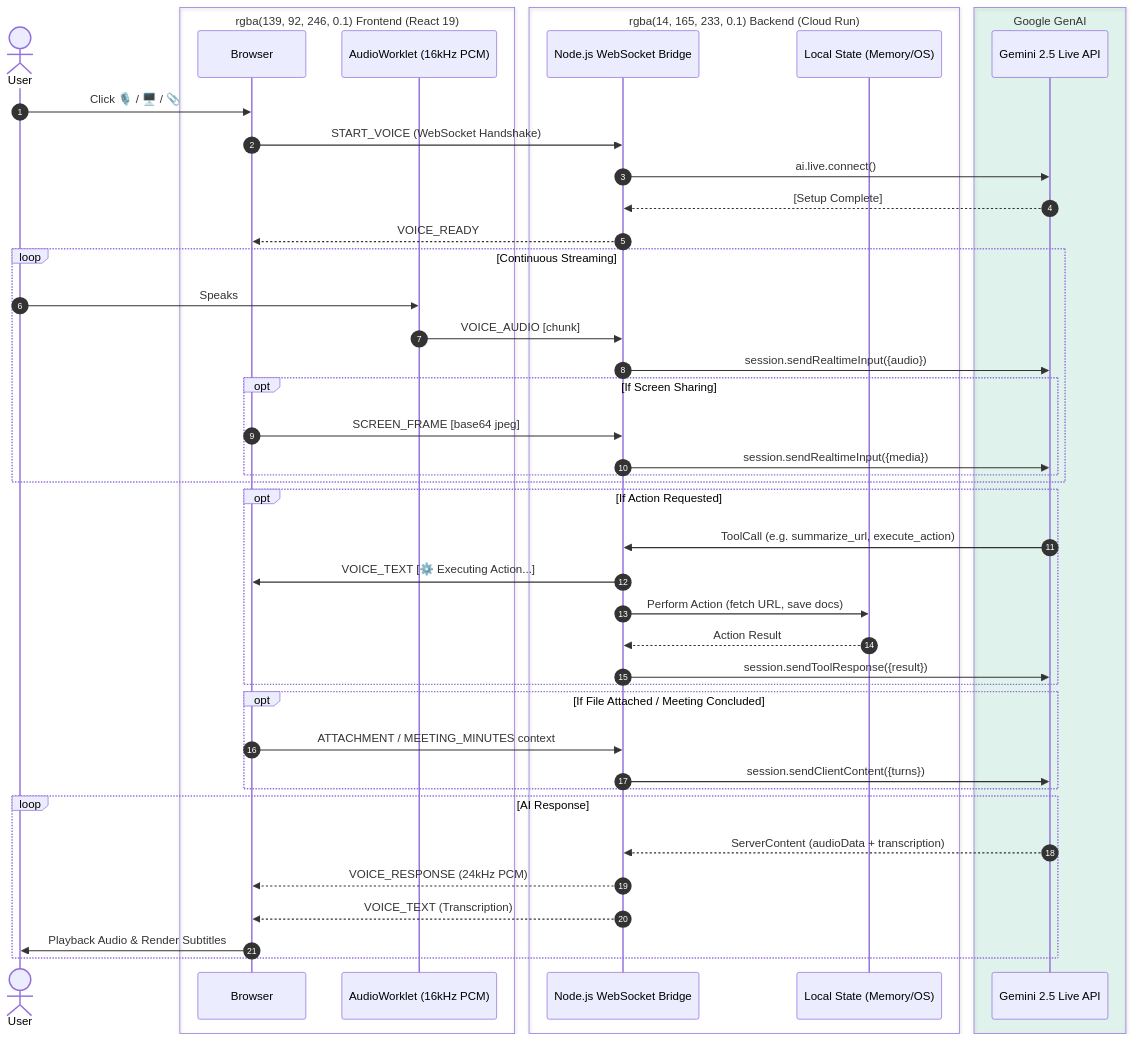
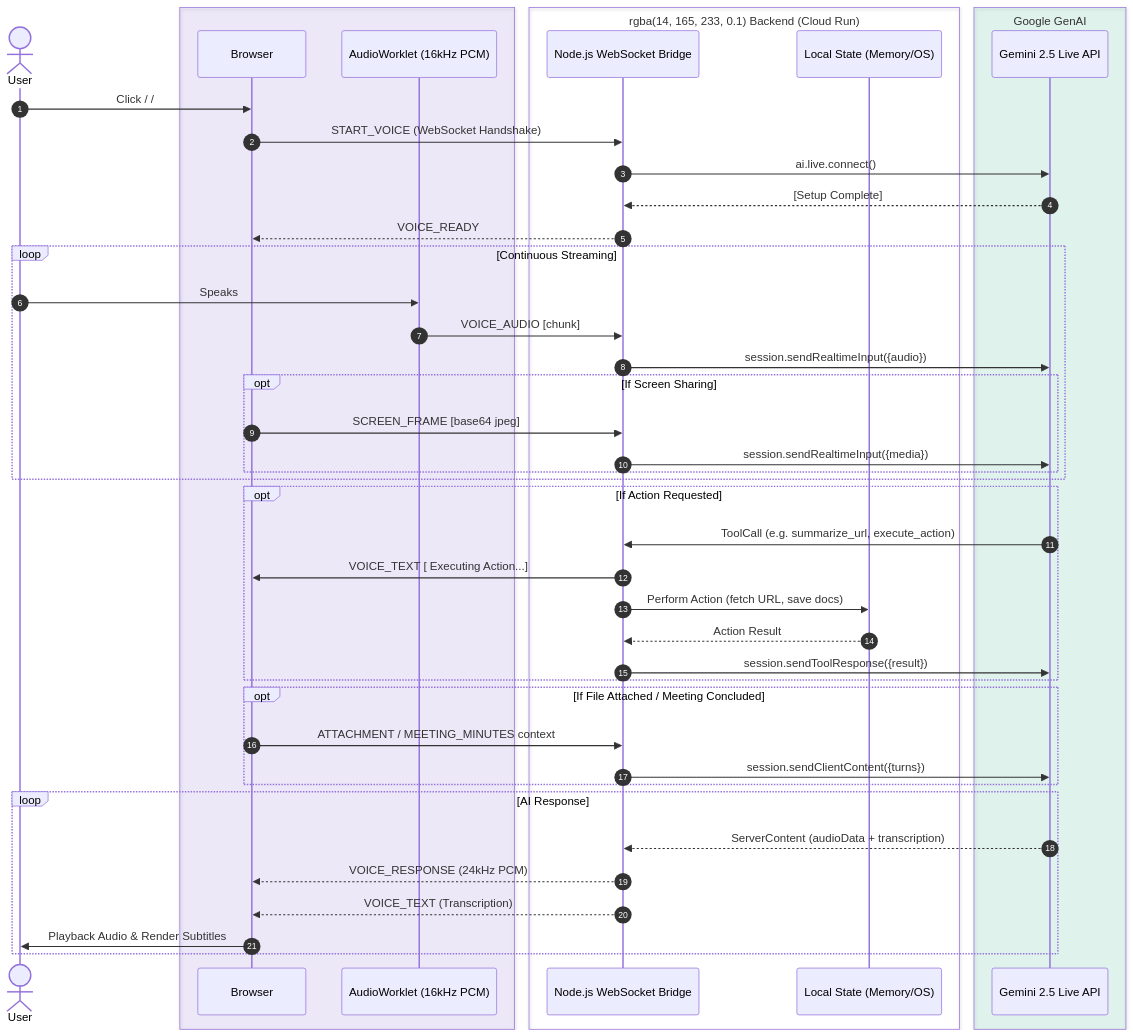
One commit to umairWali/gemini_live_agent changed the diagram in architecture.md. Above: the diagram before and after it, drawn with Mermaid. The commit also changed other lines of this file and 3 other files, not shown here.

````diff
--- a/architecture.md
+++ b/architecture.md
@@ -11,62 +11,62 @@
 ```mermaid
 sequenceDiagram
     autonumber
     actor User
 
     box rgba(139, 92, 246, 0.1) Frontend (React 19)
     participant Browser
     participant Worklet as AudioWorklet (16kHz PCM)
     end
 
     box rgba(14, 165, 233, 0.1) Backend (Cloud Run)
     participant Server as Node.js WebSocket Bridge
     participant Context as Local State (Memory/OS)
     end
 
     box rgba(16, 185, 129, 0.1) Google GenAI
     participant Gemini as Gemini 2.5 Live API
     end
 
     %% Session Initialization
-    User->>Browser: Click 🎙️ / 🖥️ / 📎
+    User->>Browser: Click  /  / 
     Browser->>Server: START_VOICE (WebSocket Handshake)
     Server->>Gemini: ai.live.connect()
     Gemini-->>Server: [Setup Complete]
     Server-->>Browser: VOICE_READY
 
     %% Continuous Bi-Directional Streaming
     loop Continuous Streaming
         User->>Worklet: Speaks
         Worklet->>Server: VOICE_AUDIO [chunk]
         Server->>Gemini: session.sendRealtimeInput({audio})
         
         opt If Screen Sharing
             Browser->>Server: SCREEN_FRAME [base64 jpeg]
             Server->>Gemini: session.sendRealtimeInput({media})
         end
     end
 
     %% Autonomous Tool Calling (Live Function Calling)
     opt If Action Requested
         Gemini->>Server: ToolCall (e.g. summarize_url, execute_action)
-        Server->>Browser: VOICE_TEXT [⚙️ Executing Action...]
+        Server->>Browser: VOICE_TEXT [ Executing Action...]
         Server->>Context: Perform Action (fetch URL, save docs)
         Context-->>Server: Action Result
         Server->>Gemini: session.sendToolResponse({result})
     end
 
     %% File Attachments & Meeting Minutes
     opt If File Attached / Meeting Concluded
         Browser->>Server: ATTACHMENT / MEETING_MINUTES context
         Server->>Gemini: session.sendClientContent({turns})
     end
 
     %% AI Response Generation
     loop AI Response
         Gemini-->>Server: ServerContent (audioData + transcription)
         Server-->>Browser: VOICE_RESPONSE (24kHz PCM)
         Server-->>Browser: VOICE_TEXT (Transcription)
         Browser->>User: Playback Audio & Render Subtitles
     end
 
 ```
````
